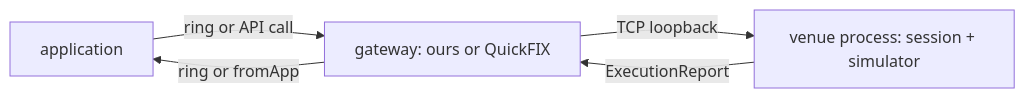
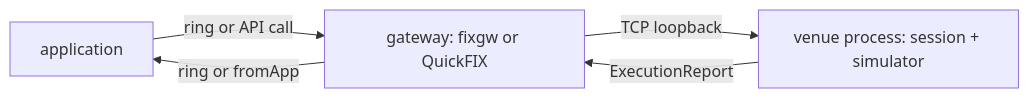
One commit to Mukachi/fix-order-gateway changed the diagram in docs/design/008-measurement.md. Above: the diagram before and after it, drawn with Mermaid. The commit also changed other lines of this file and 7 other files, not shown here.

Commit message:
Docs consistency pass: fixgw for this gateway in note 008, unpublished runs named as such (no scratchpad), note 004's Design points at C on tmpfs, Updated dates

````diff
--- a/docs/design/008-measurement.md
+++ b/docs/design/008-measurement.md
@@ -55,7 +55,7 @@
 ```mermaid
 flowchart LR
-  A[application] -->|ring or API call| G[gateway: ours or QuickFIX]
+  A[application] -->|ring or API call| G[gateway: fixgw or QuickFIX]
   G -->|TCP loopback| V[venue process: session + simulator]
   V -->|ExecutionReport| G
   G -->|ring or fromApp| A
 ```
````
